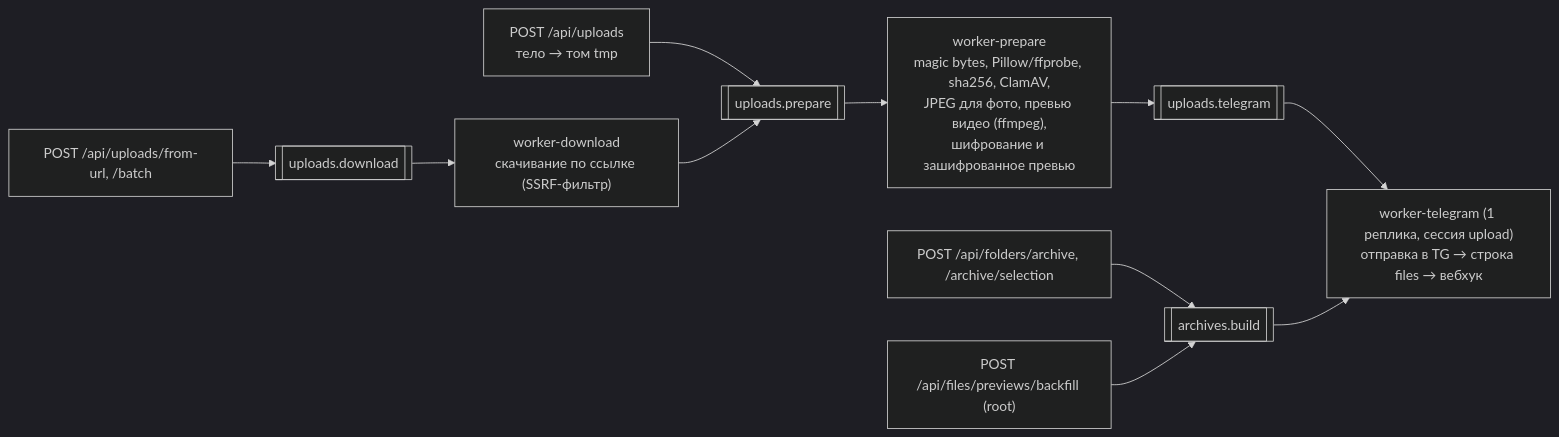
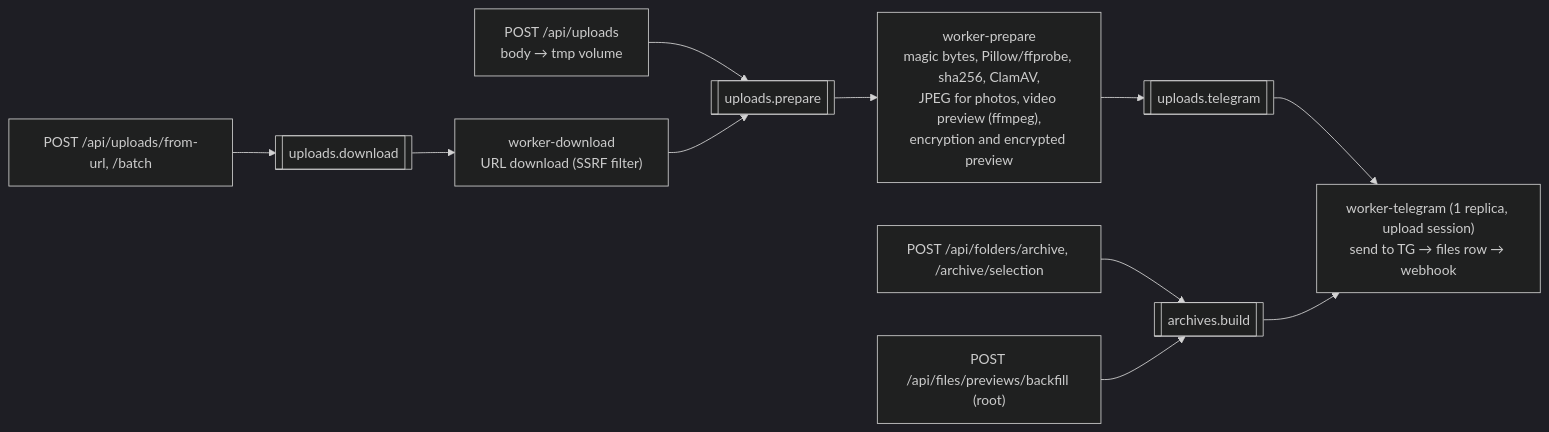
The first of 7 diagrams in docs/background-tasks.md (NikitkaZXC/tcloud-backend), drawn with Mermaid (dark theme) before and after one commit. The commit also changed other lines of this file and 20 other files, not shown here.

````diff
--- a/docs/background-tasks.md
+++ b/docs/background-tasks.md
@@ -5,13 +5,13 @@
 ```mermaid
 flowchart LR
-    dev["POST /api/uploads<br/>тело → том tmp"] --> qp
+    dev["POST /api/uploads<br/>body → tmp volume"] --> qp
     url["POST /api/uploads/from-url, /batch"] --> qd
     arc["POST /api/folders/archive, /archive/selection"] --> qa
     bf["POST /api/files/previews/backfill (root)"] --> qa
-    qd[["uploads.download"]] --> wd["worker-download<br/>скачивание по ссылке (SSRF-фильтр)"]
+    qd[["uploads.download"]] --> wd["worker-download<br/>URL download (SSRF filter)"]
     wd --> qp[["uploads.prepare"]]
-    qp --> wp["worker-prepare<br/>magic bytes, Pillow/ffprobe, sha256, ClamAV,<br/>JPEG для фото, превью видео (ffmpeg),<br/>шифрование и зашифрованное превью"]
+    qp --> wp["worker-prepare<br/>magic bytes, Pillow/ffprobe, sha256, ClamAV,<br/>JPEG for photos, video preview (ffmpeg),<br/>encryption and encrypted preview"]
     wp --> qt[["uploads.telegram"]]
-    qt --> wt["worker-telegram (1 реплика, сессия upload)<br/>отправка в TG → строка files → вебхук"]
+    qt --> wt["worker-telegram (1 replica, upload session)<br/>send to TG → files row → webhook"]
     qa[["archives.build"]] --> wt
 ```
````
